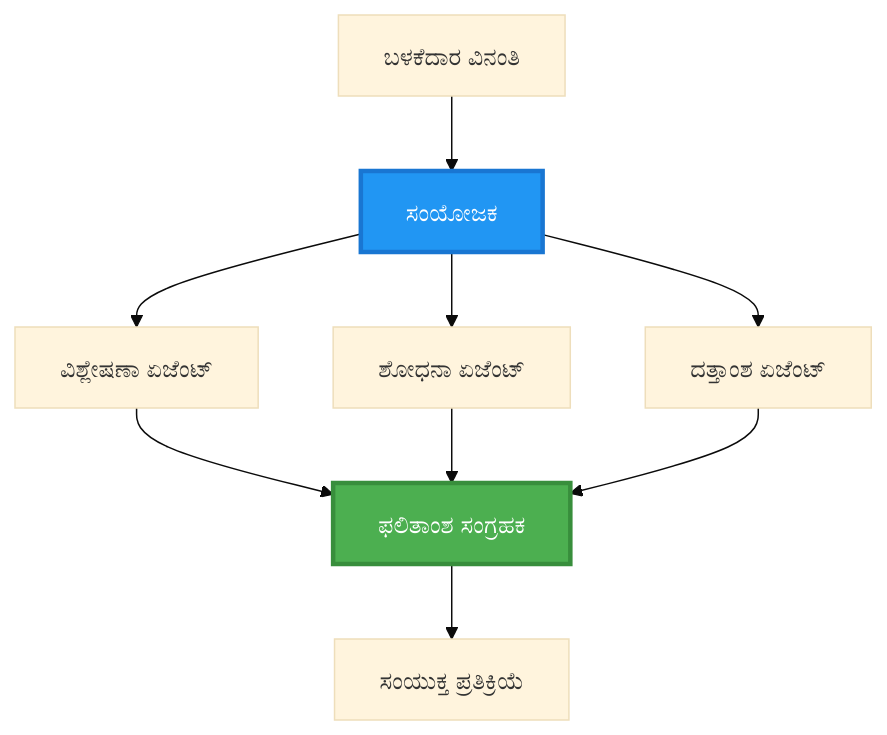
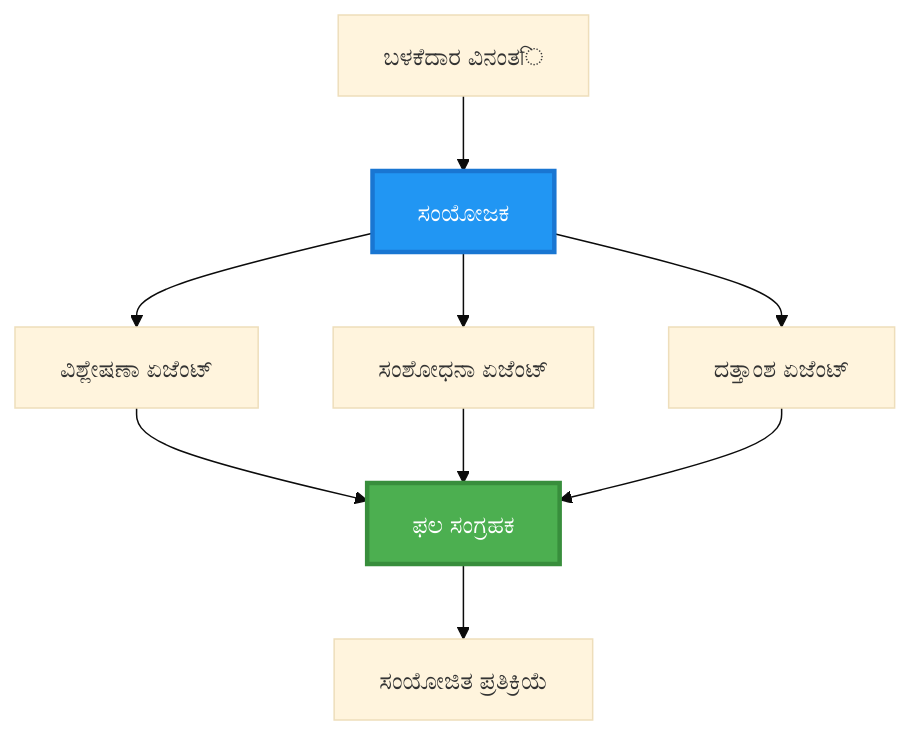
Before and after one commit to microsoft/AZD-for-beginners: the second of 6 diagrams in translations/kn/docs/chapter-06-pre-deployment/coordination-patterns.md, drawn with Mermaid (base theme). The commit also changed other lines of this file and 102 other files, not shown here.

````diff
--- a/translations/kn/docs/chapter-06-pre-deployment/coordination-patterns.md
+++ b/translations/kn/docs/chapter-06-pre-deployment/coordination-patterns.md
@@ -106,22 +100,22 @@
 ```mermaid
 graph TB
-    User[ಬಳಕೆದಾರ ವಿನಂತಿ]
+    User[ಬಳಕೆದಾರ ವಿನಂತি]
     Orchestrator[ಸಂಯೋಜಕ]
     Agent1[ವಿಶ್ಲೇಷಣಾ ಏಜೆಂಟ್]
-    Agent2[ಶೋಧನಾ ಏಜೆಂಟ್]
+    Agent2[ಸಂಶೋಧನಾ ಏಜೆಂಟ್]
     Agent3[ದತ್ತಾಂಶ ಏಜೆಂಟ್]
-    Aggregator[ಫಲಿತಾಂಶ ಸಂಗ್ರಹಕ]
-    Response[ಸಂಯುಕ್ತ ಪ್ರತಿಕ್ರಿಯೆ]
+    Aggregator[ಫಲ ಸಂಗ್ರಹಕ]
+    Response[ಸಂಯೋಜಿತ ಪ್ರತಿಕ್ರಿಯೆ]
     
     User --> Orchestrator
     Orchestrator --> Agent1
     Orchestrator --> Agent2
     Orchestrator --> Agent3
     Agent1 --> Aggregator
     Agent2 --> Aggregator
     Agent3 --> Aggregator
     Aggregator --> Response
     
     style Orchestrator fill:#2196F3,stroke:#1976D2,stroke-width:3px,color:#fff
     style Aggregator fill:#4CAF50,stroke:#388E3C,stroke-width:3px,color:#fff
 ```
````
